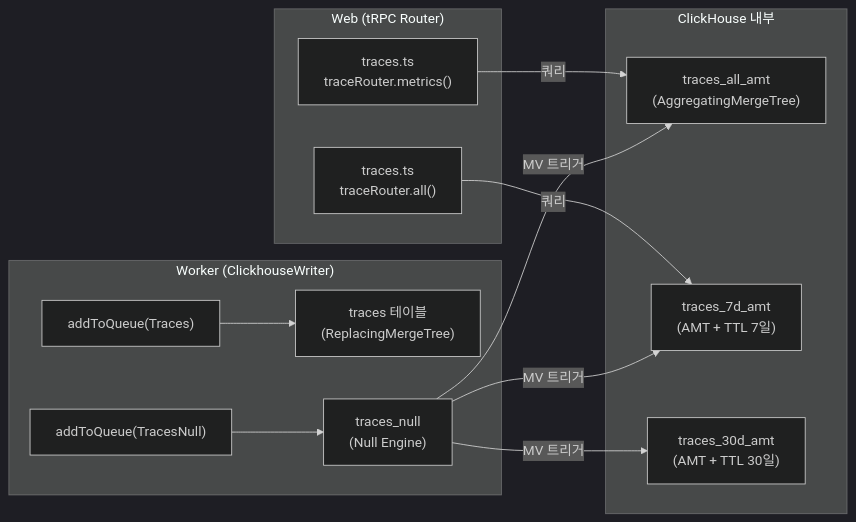
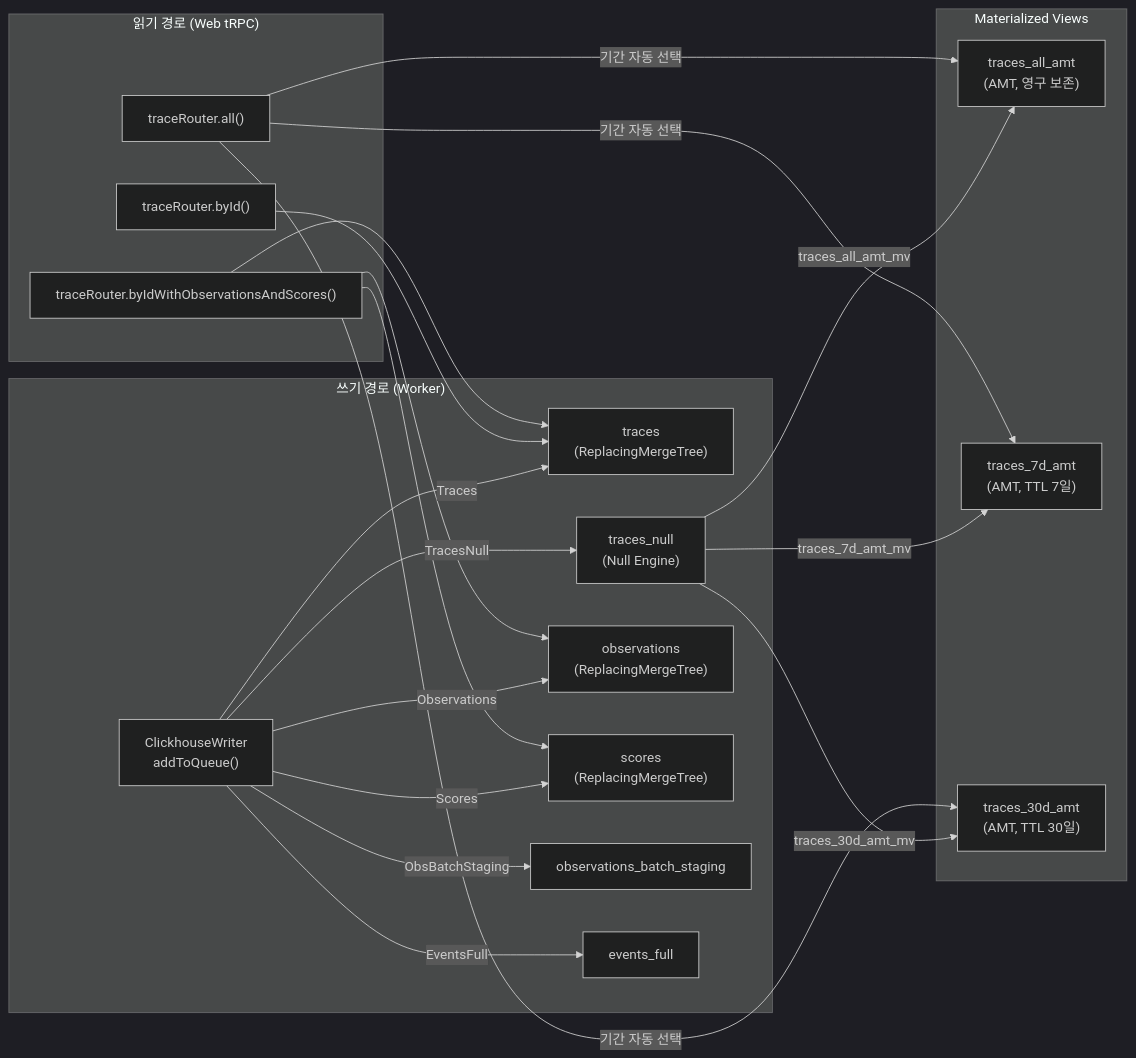
The first of 11 diagrams in docs/50-source-analysis/12-query-source-breakdown.md (dhs-shine/langfuse), drawn with Mermaid (dark theme) before and after one commit. The commit also changed other lines of this file and 3 other files, not shown here.

````diff
--- a/docs/50-source-analysis/12-query-source-breakdown.md
+++ b/docs/50-source-analysis/12-query-source-breakdown.md
@@ -14,18 +16,28 @@
 ```mermaid
 flowchart LR
-    subgraph Worker["Worker (ClickhouseWriter)"]
-        CW["addToQueue(Traces)"] --> TT["traces 테이블<br/>(ReplacingMergeTree)"]
-        CW2["addToQueue(TracesNull)"] --> TN["traces_null<br/>(Null Engine)"]
+    subgraph Write["쓰기 경로 (Worker)"]
+        CW["ClickhouseWriter<br/>addToQueue()"]
+        CW -->|Traces| T["traces<br/>(ReplacingMergeTree)"]
+        CW -->|TracesNull| TN["traces_null<br/>(Null Engine)"]
+        CW -->|Observations| O["observations<br/>(ReplacingMergeTree)"]
+        CW -->|Scores| S["scores<br/>(ReplacingMergeTree)"]
+        CW -->|ObsBatchStaging| BS["observations_batch_staging"]
+        CW -->|EventsFull| EF["events_full"]
     end
 
-    subgraph ClickHouse["ClickHouse 내부"]
-        TN -->|MV 트리거| AMT_ALL["traces_all_amt<br/>(AggregatingMergeTree)"]
-        TN -->|MV 트리거| AMT_7D["traces_7d_amt<br/>(AMT + TTL 7일)"]
-        TN -->|MV 트리거| AMT_30D["traces_30d_amt<br/>(AMT + TTL 30일)"]
+    subgraph MV["Materialized Views"]
+        TN -->|traces_all_amt_mv| AMT_ALL["traces_all_amt<br/>(AMT, 영구 보존)"]
+        TN -->|traces_7d_amt_mv| AMT_7D["traces_7d_amt<br/>(AMT, TTL 7일)"]
+        TN -->|traces_30d_amt_mv| AMT_30D["traces_30d_amt<br/>(AMT, TTL 30일)"]
     end
 
-    subgraph Web["Web (tRPC Router)"]
-        Router["traces.ts<br/>traceRouter.all()"] -->|쿼리| AMT_7D
-        Router2["traces.ts<br/>traceRouter.metrics()"] -->|쿼리| AMT_ALL
+    subgraph Read["읽기 경로 (Web tRPC)"]
+        Dashboard["traceRouter.all()"] -->|기간 자동 선택| AMT_7D
+        Dashboard -->|기간 자동 선택| AMT_30D
+        Dashboard -->|기간 자동 선택| AMT_ALL
+        Detail["traceRouter.byId()"] --> T
+        Detail2["traceRouter.byIdWithObservationsAndScores()"] --> T
+        Detail2 --> O
+        Detail2 --> S
     end
 ```
````
